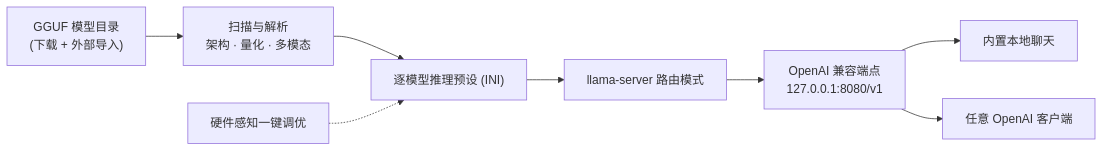
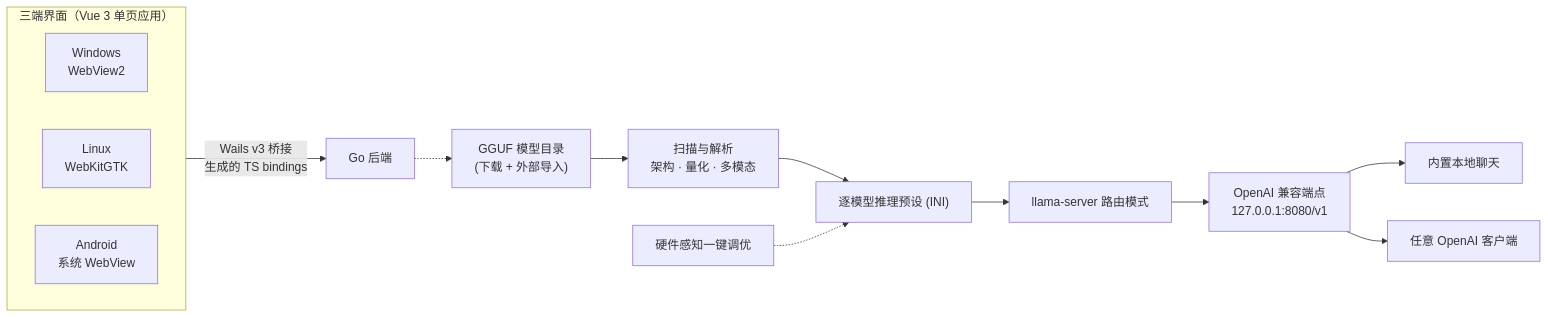
One commit to CodeNeow/llama-cpp-desktop changed the diagram in README.md. Above: the diagram before and after it, drawn with Mermaid. The commit also changed other lines of this file and 22 other files, not shown here.

````diff
--- a/README.md
+++ b/README.md
@@ -127,10 +195,18 @@
 ```mermaid
 flowchart LR
+    subgraph UI["三端界面（Vue 3 单页应用）"]
+        direction LR
+        W["Windows<br/>WebView2"]
+        L["Linux<br/>WebKitGTK"]
+        M["Android<br/>系统 WebView"]
+    end
+    UI -- "Wails v3 桥接<br/>生成的 TS bindings" --> B0["Go 后端"]
     A["GGUF 模型目录<br/>(下载 + 外部导入)"] --> B["扫描与解析<br/>架构 · 量化 · 多模态"]
     B --> C["逐模型推理预设 (INI)"]
     C --> D["llama-server 路由模式"]
     D --> E["OpenAI 兼容端点<br/>127.0.0.1:8080/v1"]
     E --> F["内置本地聊天"]
     E --> G["任意 OpenAI 客户端"]
     H["硬件感知一键调优"] -.-> C
+    B0 -.-> A
 ```
````
